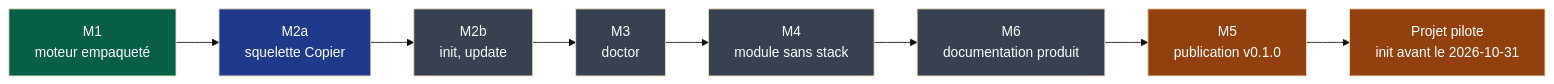
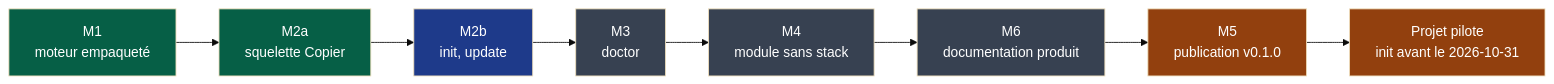
One commit to NapkinStack/engineering-os changed the diagram in docs/governance/plans/2026-09-15-moteur-v0.1.0.md. Above: the diagram before and after it, drawn with Mermaid (base theme). The commit also changed other lines of this file and 7 other files, not shown here.

````diff
--- a/docs/governance/plans/2026-09-15-moteur-v0.1.0.md
+++ b/docs/governance/plans/2026-09-15-moteur-v0.1.0.md
@@ -48,15 +48,15 @@
 ```mermaid
 flowchart LR
-    M1["M1<br/>moteur empaqueté"]:::fait --> M2a["M2a<br/>squelette Copier"]:::encours
-    M2a --> M2b["M2b<br/>init, update"]:::afaire
+    M1["M1<br/>moteur empaqueté"]:::fait --> M2a["M2a<br/>squelette Copier"]:::fait
+    M2a --> M2b["M2b<br/>init, update"]:::encours
     M2b --> M3["M3<br/>doctor"]:::afaire
     M3 --> M4["M4<br/>module sans stack"]:::afaire
     M4 --> M6["M6<br/>documentation produit"]:::afaire
     M6 --> M5["M5<br/>publication v0.1.0"]:::humain
     M5 --> PP["Projet pilote<br/>init avant le 2026-10-31"]:::humain
 
     classDef fait fill:#065f46,color:#fff
     classDef encours fill:#1e3a8a,color:#fff
     classDef afaire fill:#374151,color:#fff
     classDef humain fill:#92400e,color:#fff
 ```
````
